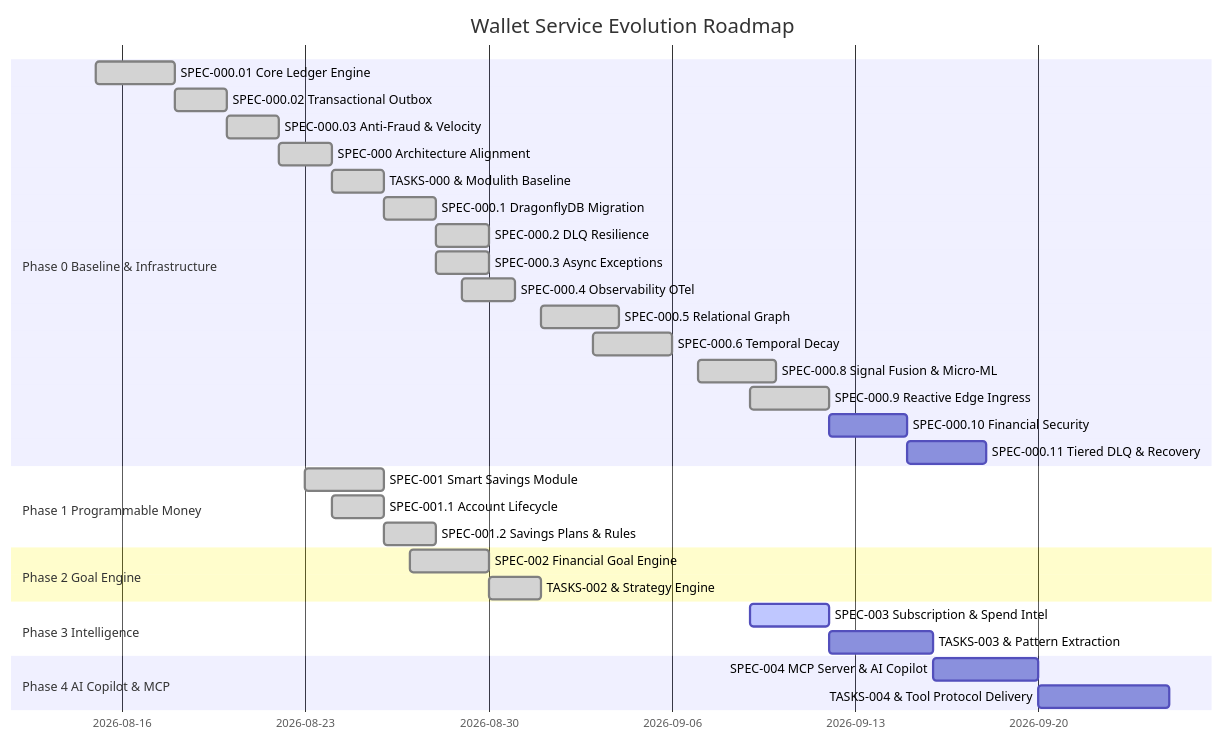
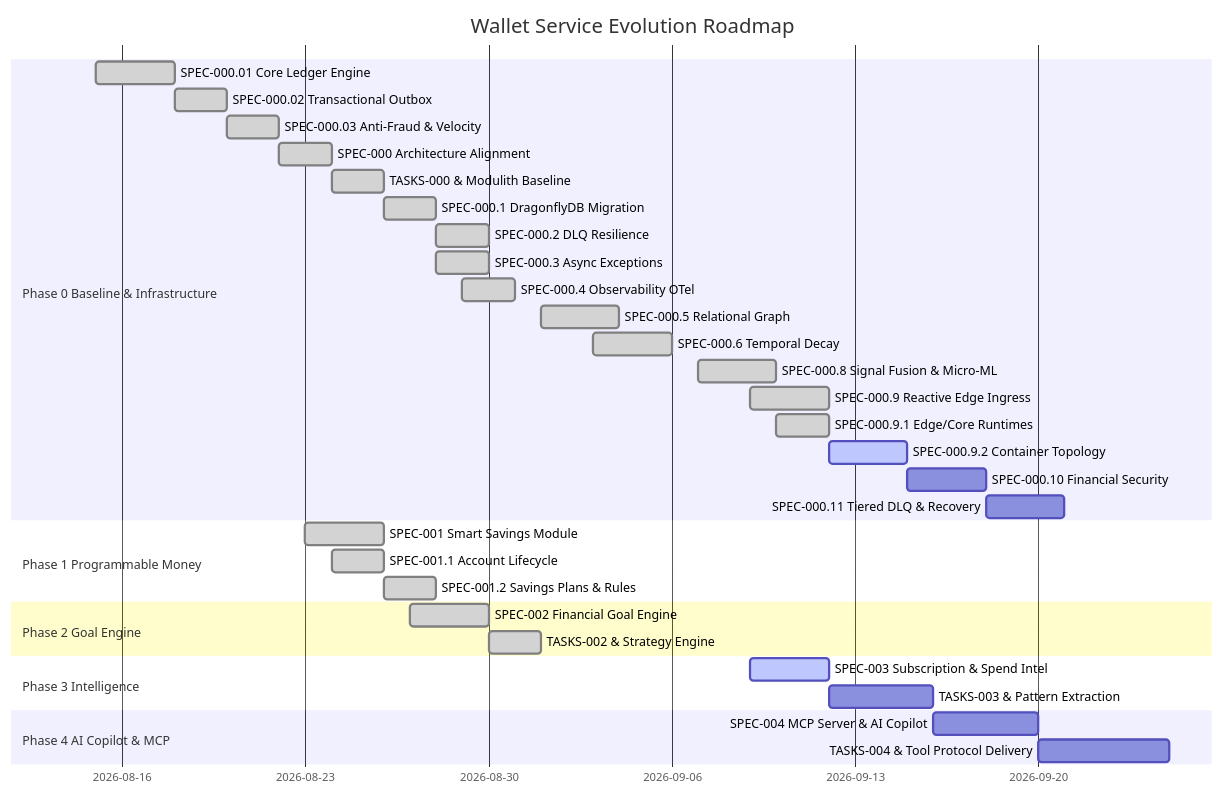
The diagram in .spec/ROADMAP.md (kyogoiano/wallet), drawn with Mermaid before and after one commit. The commit also changed other lines of this file and 71 other files, not shown here.

````diff
--- a/.spec/ROADMAP.md
+++ b/.spec/ROADMAP.md
@@ -111,34 +111,36 @@
 ```mermaid
 gantt
     title Wallet Service Evolution Roadmap
     dateFormat  YYYY-MM-DD
     section Phase 0 Baseline & Infrastructure
     SPEC-000.01 Core Ledger Engine      :done, p00_01, 2026-08-15, 3d
     SPEC-000.02 Transactional Outbox    :done, p00_02, 2026-08-18, 2d
     SPEC-000.03 Anti-Fraud & Velocity   :done, p00_03, 2026-08-20, 2d
     SPEC-000 Architecture Alignment     :done, p00_1, 2026-08-22, 2d
     TASKS-000 & Modulith Baseline       :done, p00_2, after p00_1, 2d
     SPEC-000.1 DragonflyDB Migration    :done, p00_3, 2026-08-26, 2d
     SPEC-000.2 DLQ Resilience           :done, p00_4, 2026-08-28, 2d
     SPEC-000.3 Async Exceptions         :done, p00_5, 2026-08-28, 2d
     SPEC-000.4 Observability OTel       :done, p00_6, 2026-08-29, 2d
     SPEC-000.5 Relational Graph         :done, p00_7, 2026-09-01, 3d
     SPEC-000.6 Temporal Decay           :done, p00_8, 2026-09-03, 3d
     SPEC-000.8 Signal Fusion & Micro-ML :done, p00_10, 2026-09-07, 3d
     SPEC-000.9 Reactive Edge Ingress    :done, p00_11, 2026-09-09, 3d
-    SPEC-000.10 Financial Security      :p00_12, after p00_11, 3d
+    SPEC-000.9.1 Edge/Core Runtimes     :done, p00_11_1, 2026-09-10, 2d
+    SPEC-000.9.2 Container Topology     :active, p00_11_2, after p00_11_1, 3d
+    SPEC-000.10 Financial Security      :p00_12, after p00_11_2, 3d
     SPEC-000.11 Tiered DLQ & Recovery   :p00_13, after p00_12, 3d
     section Phase 1 Programmable Money
     SPEC-001 Smart Savings Module       :done, p1_1, 2026-08-23, 3d
     SPEC-001.1 Account Lifecycle        :done, p1_2, 2026-08-24, 2d
     SPEC-001.2 Savings Plans & Rules    :done, p1_3, 2026-08-26, 2d
     section Phase 2 Goal Engine
     SPEC-002 Financial Goal Engine      :done, p2_1, 2026-08-27, 3d
     TASKS-002 & Strategy Engine         :done, p2_2, after p2_1, 2d
     section Phase 3 Intelligence
     SPEC-003 Subscription & Spend Intel :active, p3_1, 2026-09-09, 3d
     TASKS-003 & Pattern Extraction      :p3_2, after p3_1, 4d
     section Phase 4 AI Copilot & MCP
     SPEC-004 MCP Server & AI Copilot    :p4_1, after p3_2, 4d
     TASKS-004 & Tool Protocol Delivery  :p4_2, after p4_1, 5d
 ```
````
